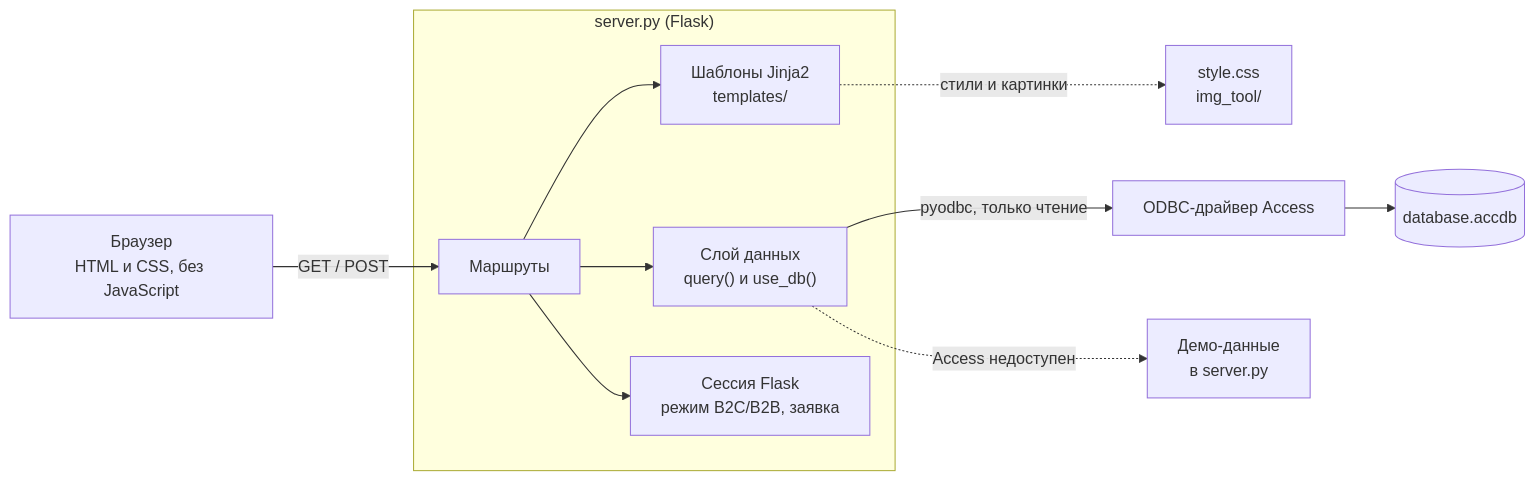
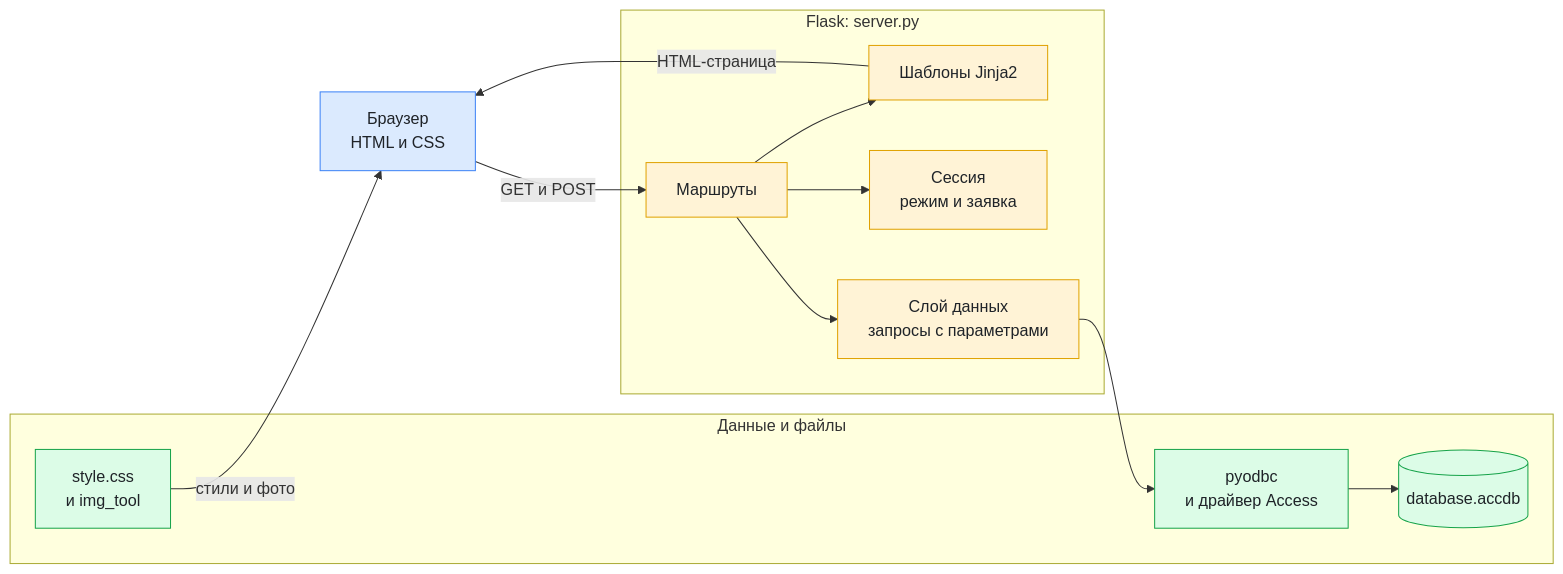
One commit to Dinosaurguk/ToolRent changed the first of 2 diagrams in README.md. Above: the diagram before and after it, drawn with Mermaid. The commit also changed other lines of this file, not shown here.

````diff
--- a/README.md
+++ b/README.md
@@ -94,15 +107,33 @@
 ```mermaid
 flowchart LR
-    U["Браузер<br/>HTML и CSS, без JavaScript"] -->|"GET / POST"| R
+    Browser["Браузер<br/>HTML и CSS"]
 
-    subgraph APP["server.py (Flask)"]
-        R["Маршруты"] --> T["Шаблоны Jinja2<br/>templates/"]
-        R --> D["Слой данных<br/>query() и use_db()"]
-        R --> S["Сессия Flask<br/>режим B2C/B2B, заявка"]
+    subgraph Server["Flask: server.py"]
+        Routes["Маршруты"]
+        Templates["Шаблоны Jinja2"]
+        Session["Сессия<br/>режим и заявка"]
+        Data["Слой данных<br/>запросы с параметрами"]
     end
 
-    T -. "стили и картинки" .-> F["style.css<br/>img_tool/"]
-    D -->|"pyodbc, только чтение"| O["ODBC-драйвер Access"]
-    O --> DB[("database.accdb")]
-    D -. "Access недоступен" .-> M["Демо-данные<br/>в server.py"]
+    subgraph Storage["Данные и файлы"]
+        Odbc["pyodbc<br/>и драйвер Access"]
+        Db[("database.accdb")]
+        Assets["style.css<br/>и img_tool"]
+    end
+
+    Browser -->|"GET и POST"| Routes
+    Routes --> Templates
+    Routes --> Session
+    Routes --> Data
+    Templates -->|"HTML-страница"| Browser
+    Assets -->|"стили и фото"| Browser
+    Data --> Odbc
+    Odbc --> Db
+
+    classDef client fill:#dbeafe,stroke:#3b82f6,color:#1f2328
+    classDef app fill:#fff3d6,stroke:#e0a100,color:#1f2328
+    classDef store fill:#dcfce7,stroke:#16a34a,color:#1f2328
+    class Browser client
+    class Routes,Templates,Session,Data app
+    class Odbc,Db,Assets store
 ```
````
